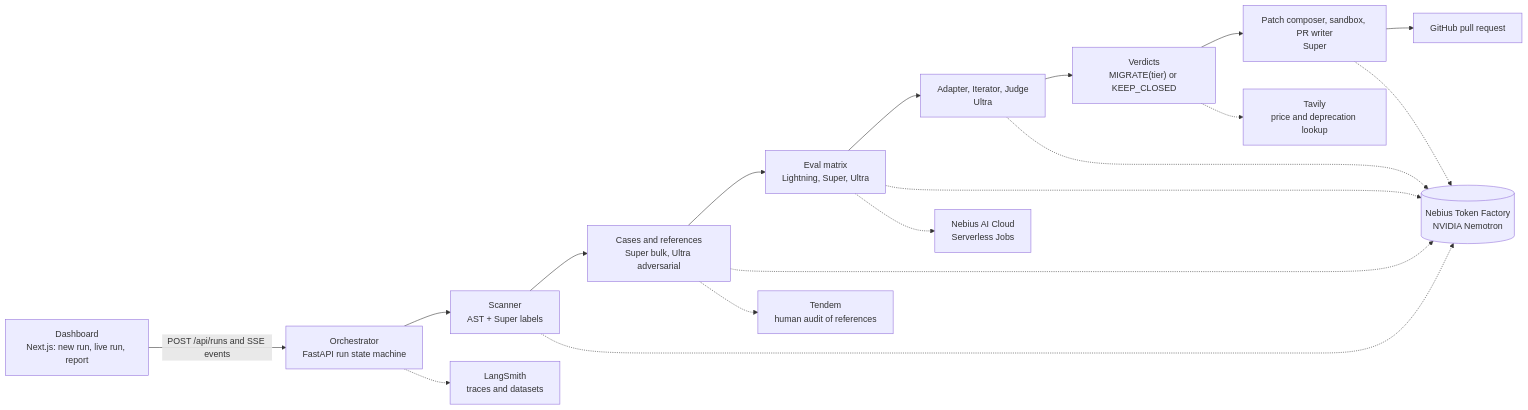
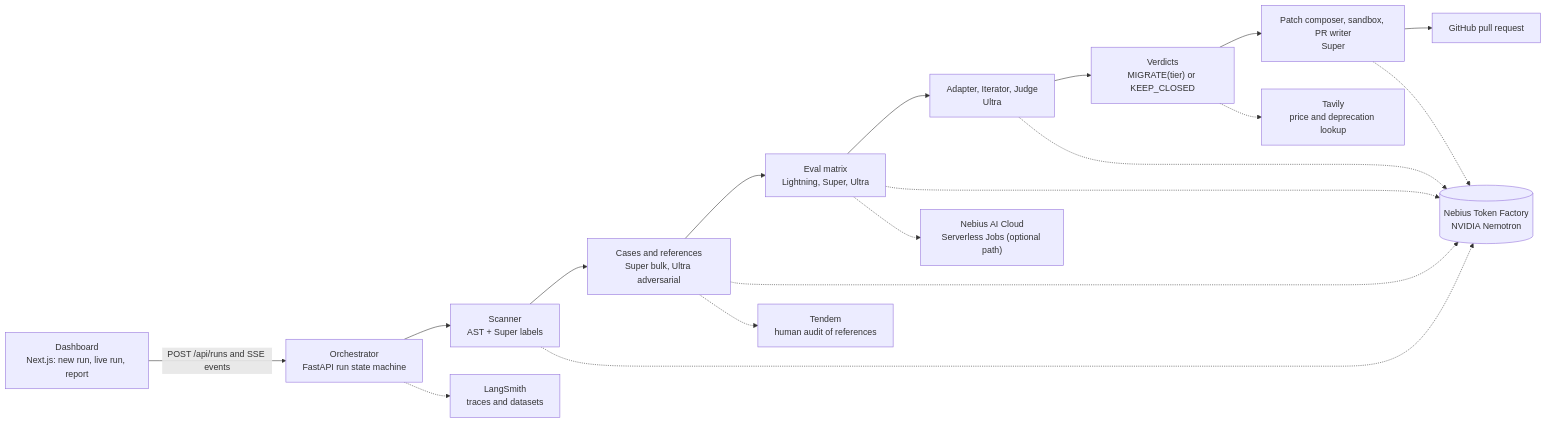
The diagram in README.md (vj-io/offramp), drawn with Mermaid before and after one commit. The commit also changed other lines of this file and 4 other files, not shown here.

````diff
--- a/README.md
+++ b/README.md
@@ -33,21 +33,21 @@
 ```mermaid
 flowchart LR
   UI["Dashboard<br/>Next.js: new run, live run, report"] -- "POST /api/runs and SSE events" --> API
   API["Orchestrator<br/>FastAPI run state machine"] --> SCAN["Scanner<br/>AST + Super labels"]
   SCAN --> CASES["Cases and references<br/>Super bulk, Ultra adversarial"]
   CASES --> EVAL["Eval matrix<br/>Lightning, Super, Ultra"]
   EVAL --> ITER["Adapter, Iterator, Judge<br/>Ultra"]
   ITER --> VERDICT["Verdicts<br/>MIGRATE(tier) or KEEP_CLOSED"]
   VERDICT --> PATCH["Patch composer, sandbox, PR writer<br/>Super"]
   PATCH --> PR["GitHub pull request"]
   SCAN -.-> TF
   CASES -.-> TF
   EVAL -.-> TF
   ITER -.-> TF
   PATCH -.-> TF
   TF[("Nebius Token Factory<br/>NVIDIA Nemotron")]
-  EVAL -.-> JOBS["Nebius AI Cloud<br/>Serverless Jobs"]
+  EVAL -.-> JOBS["Nebius AI Cloud<br/>Serverless Jobs (optional path)"]
   VERDICT -.-> TAVILY["Tavily<br/>price and deprecation lookup"]
   API -.-> LS["LangSmith<br/>traces and datasets"]
   CASES -.-> TENDEM["Tendem<br/>human audit of references"]
 ```
````
